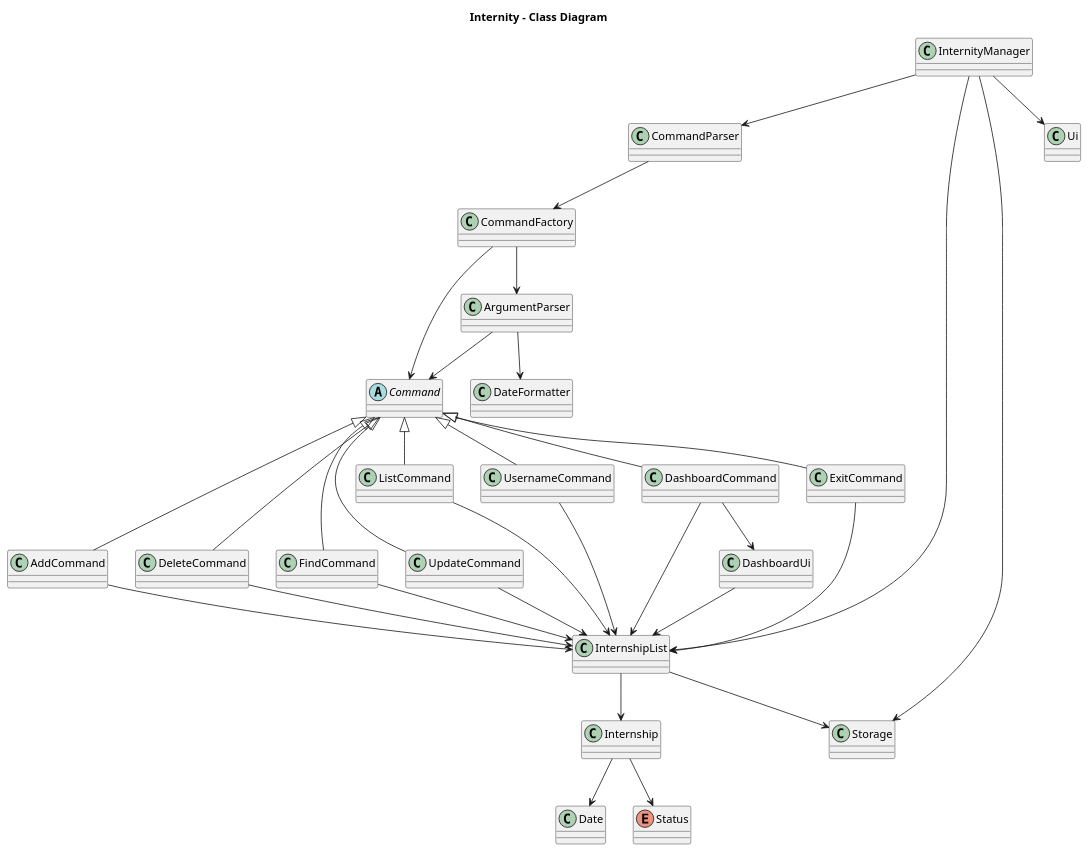
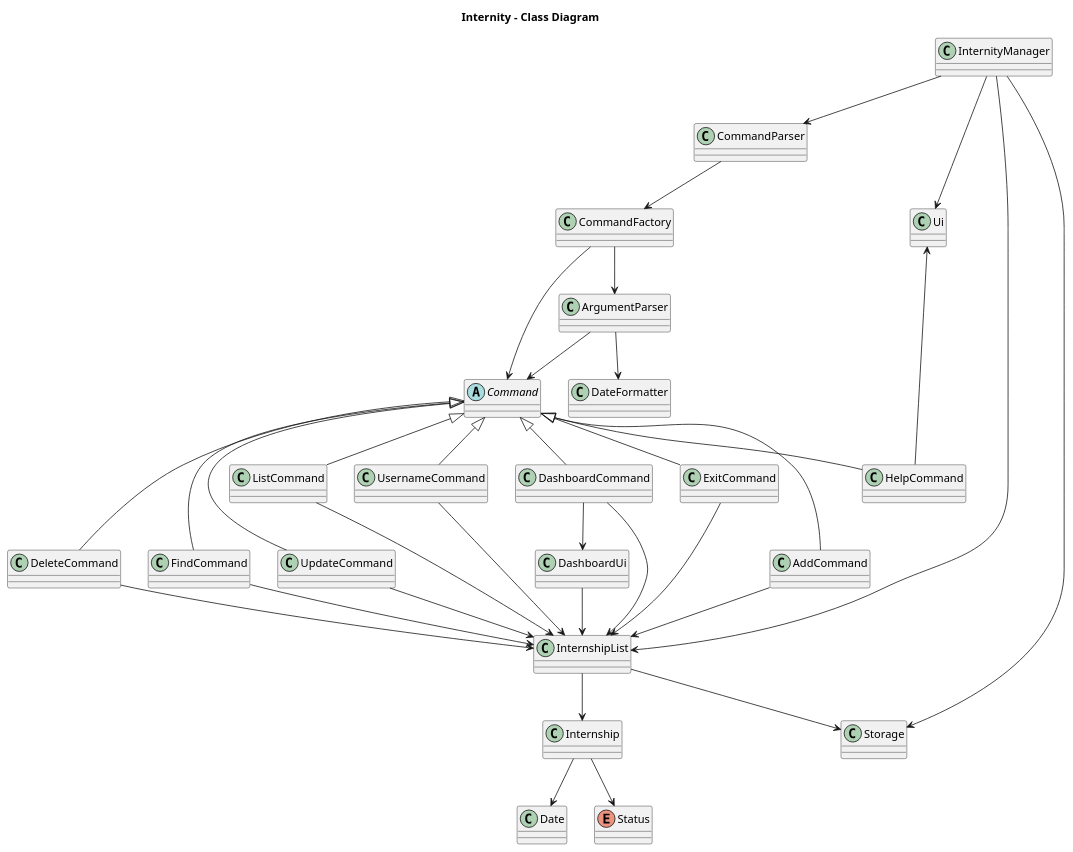
The diagram in docs/diagrams/InternityCD.puml (BenyAlbatross/tp), drawn with PlantUML before and after one commit. The commit also changed 2 other files, not shown here.

Commit message:
add (minimally) help command to DG

```diff
--- a/docs/diagrams/InternityCD.puml
+++ b/docs/diagrams/InternityCD.puml
@@ -1,79 +1,87 @@
 @startuml@startuml
 title Internity - Class Diagram
 
 ' === Core Controller ===
 class InternityManager
 
 ' === Logic Layer ===
 class CommandParser
 class CommandFactory
 abstract class Command
 class AddCommand
 class DeleteCommand
 class FindCommand
 class UpdateCommand
 class ListCommand
 class UsernameCommand
 class DashboardCommand
+class HelpCommand
 class ExitCommand
 class ArgumentParser
 
 ' === Model Layer ===
 class InternshipList
 class Internship
 class Storage
 class Date
 enum Status
 
 ' === UI Layer ===
 class Ui
 class DashboardUi
 
 ' === Utilities ===
 class DateFormatter
 
 ' === Relationships ===
 InternityManager --> CommandParser
 InternityManager --> InternshipList
 InternityManager --> Storage
 InternityManager --> Ui
 
 CommandParser --> CommandFactory
 CommandFactory --> ArgumentParser
 CommandFactory --> Command
 ArgumentParser --> Command
 
 ' Command hierarchy
 Command <|-- AddCommand
 Command <|-- DeleteCommand
 Command <|-- FindCommand
 Command <|-- UpdateCommand
 Command <|-- ListCommand
 Command <|-- UsernameCommand
 Command <|-- DashboardCommand
+Command <|-- HelpCommand
 Command <|-- ExitCommand
 
 ' All commands interact with InternshipList
 AddCommand --> InternshipList
 DeleteCommand --> InternshipList
 FindCommand --> InternshipList
 UpdateCommand --> InternshipList
 ListCommand --> InternshipList
 UsernameCommand --> InternshipList
 DashboardCommand --> InternshipList
 ExitCommand --> InternshipList
 
 ' Dashboard uses DashboardUi
 DashboardCommand --> DashboardUi
 
+' Help uses Ui
+HelpCommand -up-> Ui
+
+' force helpcommand to be there
+HelpCommand -left[hidden]-> ExitCommand
+
 ' InternshipList relationships
 InternshipList --> Storage
 InternshipList --> Internship
 Internship --> Date
 Internship --> Status
 DashboardUi --> InternshipList
 
 ' ArgumentParser uses DateFormatter
 ArgumentParser --> DateFormatter
 
 @enduml
```
